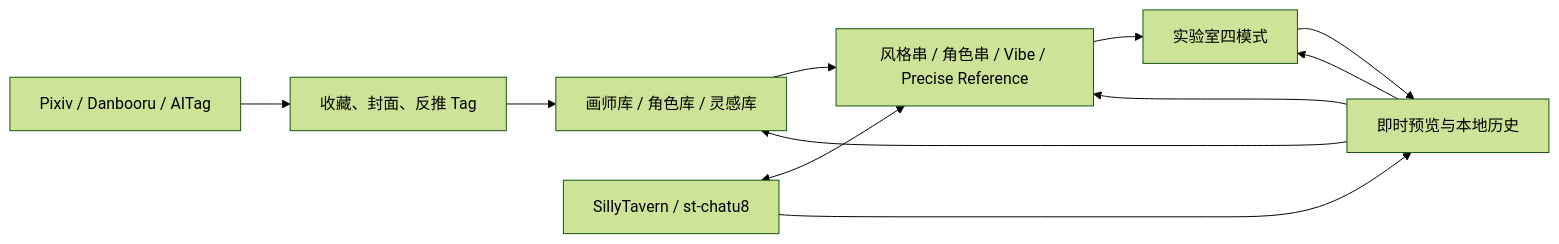
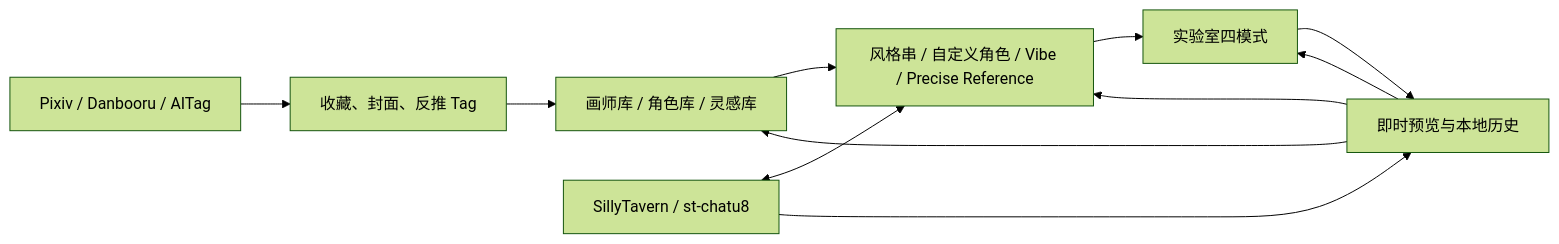
The diagram in VIBER_INTENT.md (HelloQun54321/nai-atelier), drawn with Mermaid (forest theme) before and after one commit. The commit also changed other lines of this file and 24 other files, not shown here.

````diff
--- a/VIBER_INTENT.md
+++ b/VIBER_INTENT.md
@@ -79,13 +79,13 @@
 ```mermaid
 flowchart LR
   A[Pixiv / Danbooru / AITag] --> B[收藏、封面、反推 Tag]
   B --> C[画师库 / 角色库 / 灵感库]
-  C --> D[风格串 / 角色串 / Vibe / Precise Reference]
+  C --> D[风格串 / 自定义角色 / Vibe / Precise Reference]
   D --> E[实验室四模式]
   E --> F[即时预览与本地历史]
   F --> C
   F --> D
   F --> E
   G[SillyTavern / st-chatu8] <--> D
   G --> F
 ```
````
